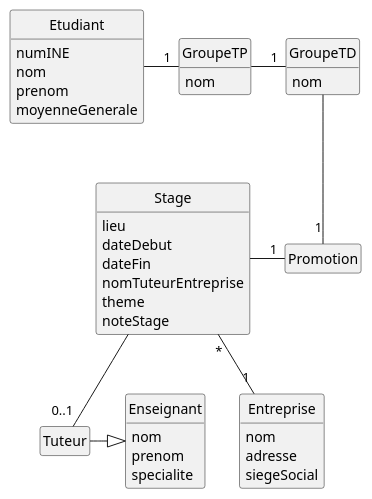
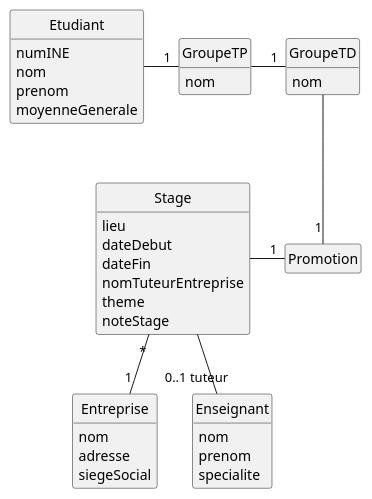
One commit to IUT-Blagnac/bcoo-gotilarins changed the diagram in TD3.plantuml. Above: the diagram before and after it, drawn with PlantUML.

Commit message:
Fix 1.2: Correction

```diff
--- a/TD3.plantuml
+++ b/TD3.plantuml
@@ -1,55 +1,54 @@
 @startuml
 hide circle
 hide empty methods
 hide empty attributes
 
 class Stage{
     lieu
     dateDebut
     dateFin
     nomTuteurEntreprise
     theme
     noteStage
 }
 
 class Entreprise{
     nom
     adresse
     siegeSocial
 }
 
 class Promotion{
  
 }
 
 class Etudiant{
     numINE
     nom
     prenom
     moyenneGenerale
 }
 
 class GroupeTP{
     nom
 }
 
 class GroupeTD{
     nom
 }
 
 class Enseignant {
     nom
     prenom
     specialite
 }
 
 Stage "*" -- "1" Entreprise
 Stage -"1" Promotion
-Stage --"0..1" Tuteur
+Stage --"0..1 tuteur" Enseignant
 
 Etudiant -"1" GroupeTP
 GroupeTP -"1" GroupeTD
 GroupeTD --"1" Promotion
-Tuteur -|> Enseignant
 
 @enduml
```
